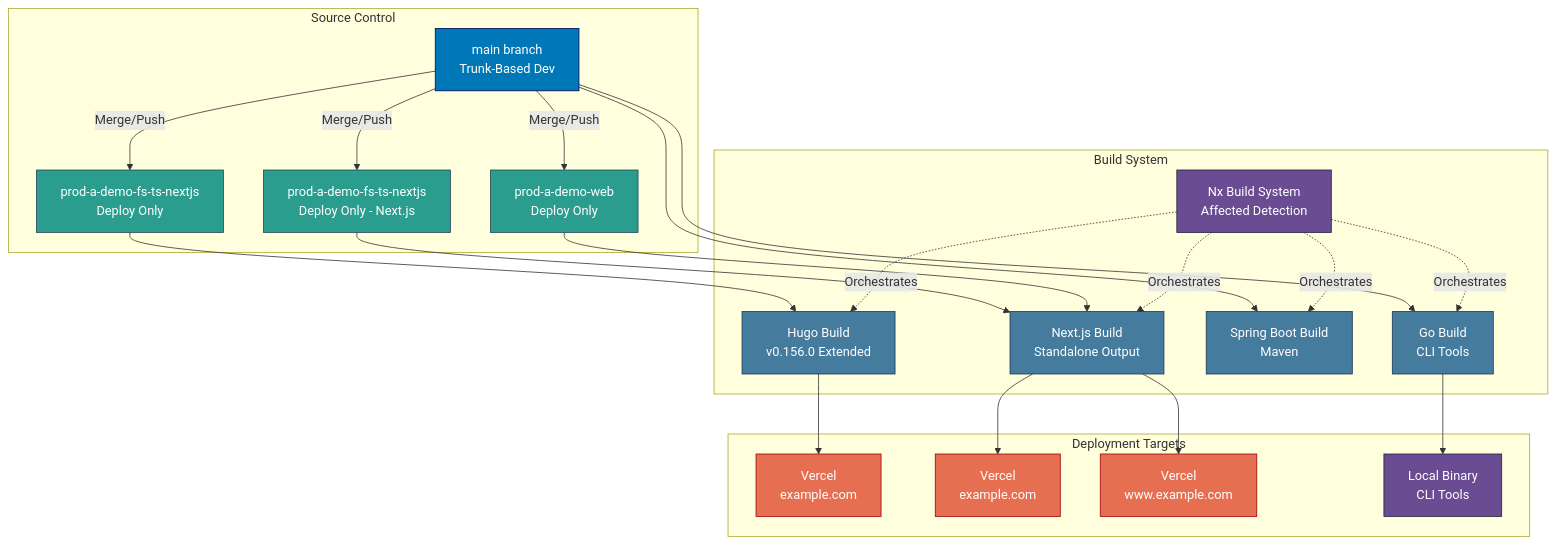
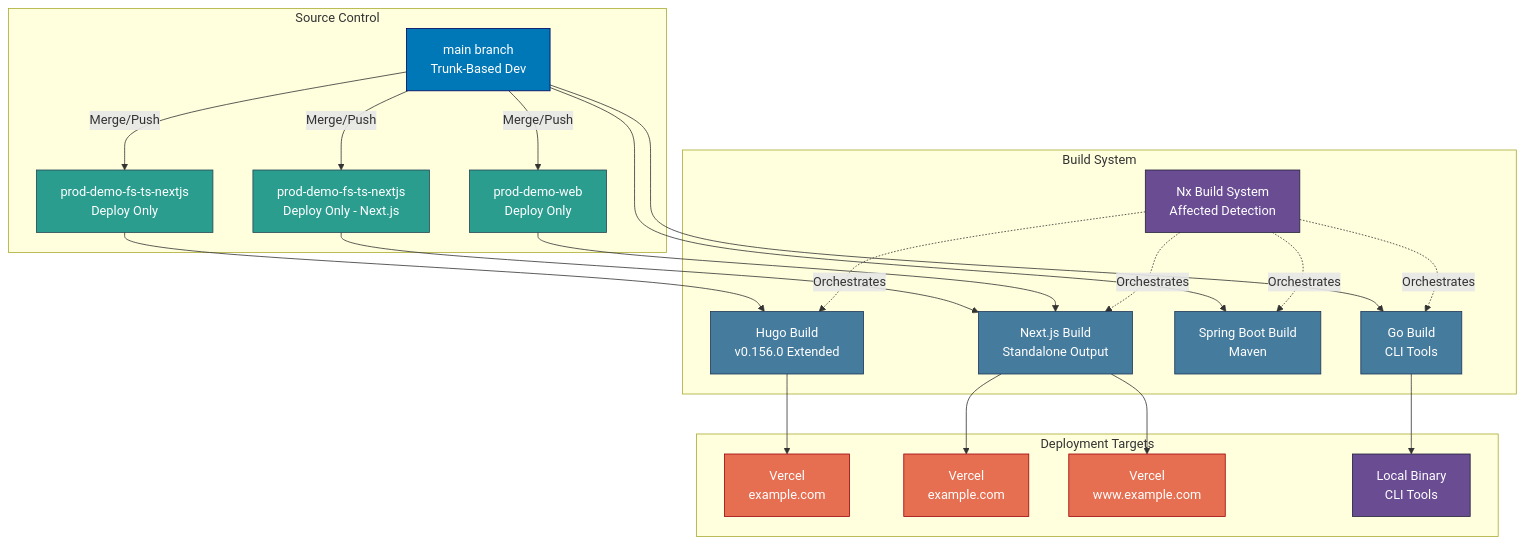
The diagram in docs/reference/system-architecture/deployment.md (wahidyankf/ose-primer), drawn with Mermaid before and after one commit. The commit also changed other lines of this file and 3064 other files, not shown here.

````diff
--- a/docs/reference/system-architecture/deployment.md
+++ b/docs/reference/system-architecture/deployment.md
@@ -19,58 +19,58 @@
 ```mermaid
 graph TB
     subgraph "Source Control"
         MAIN[main branch<br/>Trunk-Based Dev]
-        PROD_OSE[prod-a-demo-fs-ts-nextjs<br/>Deploy Only]
-        PROD_AYO[prod-a-demo-fs-ts-nextjs<br/>Deploy Only - Next.js]
-        PROD_OL[prod-a-demo-web<br/>Deploy Only]
+        PROD_OSE[prod-demo-fs-ts-nextjs<br/>Deploy Only]
+        PROD_AYO[prod-demo-fs-ts-nextjs<br/>Deploy Only - Next.js]
+        PROD_OL[prod-demo-web<br/>Deploy Only]
     end
 
     subgraph "Build System"
         NX_BUILD[Nx Build System<br/>Affected Detection]
         HUGO_BUILD[Hugo Build<br/>v0.156.0 Extended]
         NEXT_BUILD[Next.js Build<br/>Standalone Output]
         SPRING_BUILD[Spring Boot Build<br/>Maven]
         GO_BUILD[Go Build<br/>CLI Tools]
     end
 
     subgraph "Deployment Targets"
         VERCEL_OSE[Vercel<br/>example.com]
         VERCEL_AYO[Vercel<br/>example.com]
         VERCEL_OL[Vercel<br/>www.example.com]
         LOCAL[Local Binary<br/>CLI Tools]
     end
 
     MAIN -->|Merge/Push| PROD_OSE
     MAIN -->|Merge/Push| PROD_AYO
     MAIN -->|Merge/Push| PROD_OL
 
     PROD_OSE --> HUGO_BUILD
     PROD_AYO --> NEXT_BUILD
     PROD_OL --> NEXT_BUILD
     MAIN --> GO_BUILD
     MAIN --> SPRING_BUILD
 
     HUGO_BUILD --> VERCEL_OSE
     NEXT_BUILD --> VERCEL_AYO
     NEXT_BUILD --> VERCEL_OL
     GO_BUILD --> LOCAL
 
     NX_BUILD -.->|Orchestrates| HUGO_BUILD
     NX_BUILD -.->|Orchestrates| NEXT_BUILD
     NX_BUILD -.->|Orchestrates| SPRING_BUILD
     NX_BUILD -.->|Orchestrates| GO_BUILD
 
     style MAIN fill:#0077b6,stroke:#03045e,color:#ffffff
     style PROD_OSE fill:#2a9d8f,stroke:#264653,color:#ffffff
     style PROD_AYO fill:#2a9d8f,stroke:#264653,color:#ffffff
     style PROD_OL fill:#2a9d8f,stroke:#264653,color:#ffffff
     style NX_BUILD fill:#6a4c93,stroke:#22223b,color:#ffffff
     style HUGO_BUILD fill:#457b9d,stroke:#1d3557,color:#ffffff
     style NEXT_BUILD fill:#457b9d,stroke:#1d3557,color:#ffffff
     style SPRING_BUILD fill:#457b9d,stroke:#1d3557,color:#ffffff
     style GO_BUILD fill:#457b9d,stroke:#1d3557,color:#ffffff
     style VERCEL_OSE fill:#e76f51,stroke:#9d0208,color:#ffffff
     style VERCEL_AYO fill:#e76f51,stroke:#9d0208,color:#ffffff
     style VERCEL_OL fill:#e76f51,stroke:#9d0208,color:#ffffff
     style LOCAL fill:#6a4c93,stroke:#22223b,color:#ffffff
 ```
````
